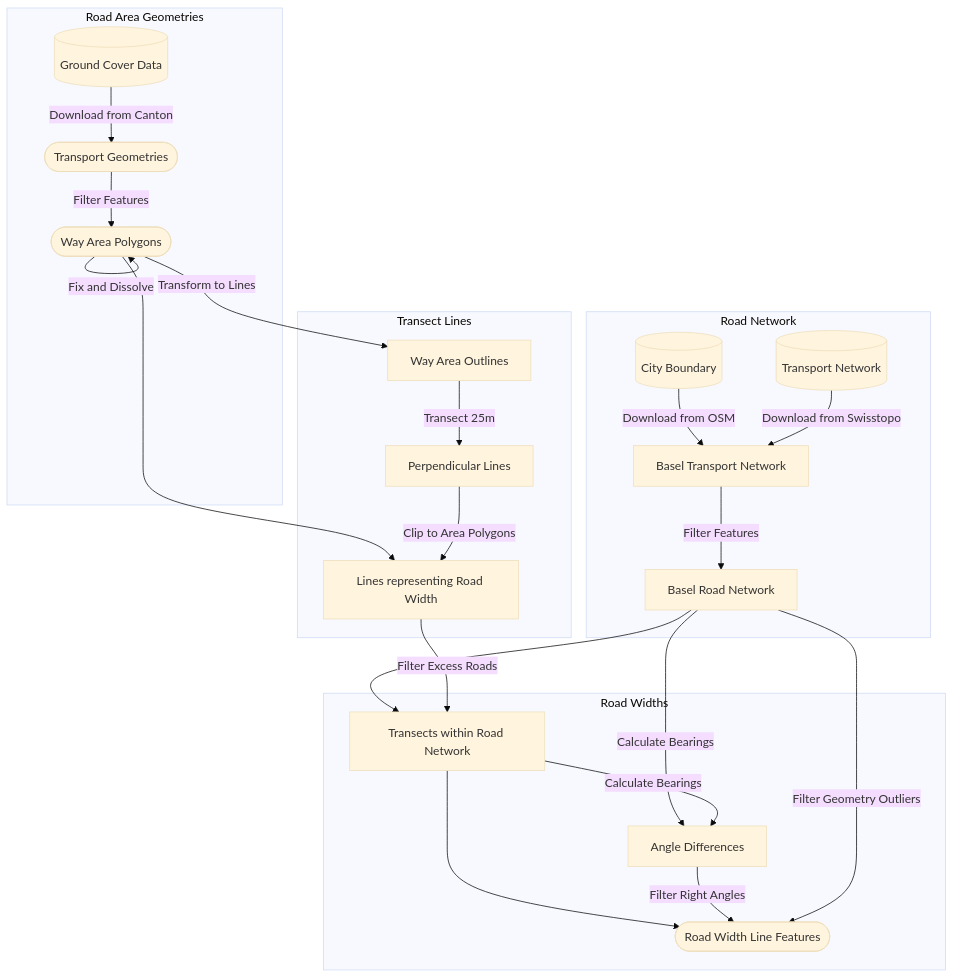
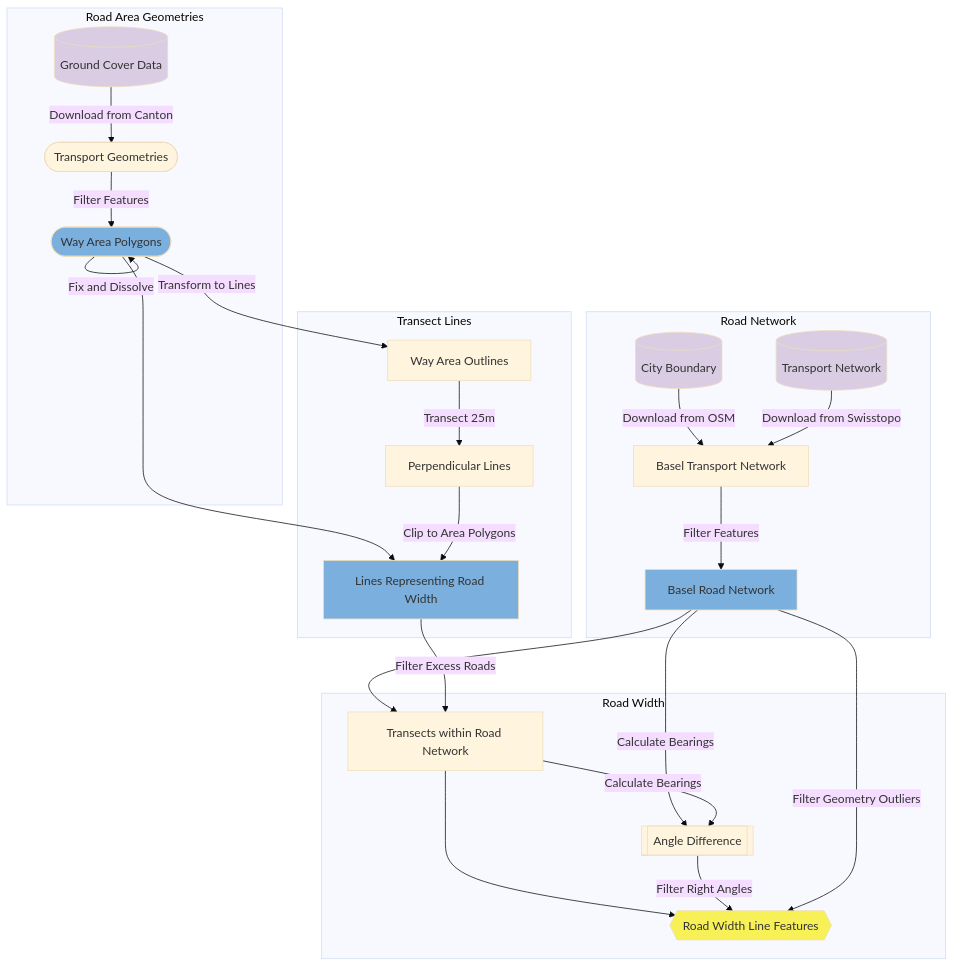
One commit to mtwente/palimpsest-bs changed the second of 4 diagrams in manuscript/palimpsest-bs.qmd. Above: the diagram before and after it, drawn with Mermaid (base theme). The commit also changed other lines of this file, not shown here.

````diff
--- a/manuscript/palimpsest-bs.qmd
+++ b/manuscript/palimpsest-bs.qmd
@@ -392,34 +434,43 @@
 ```{mermaid fig-WorkflowWidth}
 flowchart TD
+    RN4 --> RW1
     subgraph Road Network
-        A[(City Boundary)] -->|Download from OSM| B[Basel Transport Network]
-        A2[(Transport Network)] -->|Download from Swisstopo| B
-        B --> |Filter Features| C[Basel Road Network]
+        RN1[(City Boundary)] -->|Download from OSM| RN3[Basel Transport Network]
+        RN2[(Transport Network)] -->|Download from Swisstopo| RN3
+        RN3 --> |Filter Features| RN4[Basel Road Network]
     end
 
-    C --> D
-    C -->|Calculate Bearings| D3
+    RN4 -->|Calculate Bearings| RW2
 
     subgraph Road Area Geometries
-        L[(Ground Cover Data)] -->|Download from Canton| M([Transport Geometries])
-        M --> |Filter Features| N([Way Area Polygons])
-        N --> |Fix and Dissolve| N
+        RG1[(Ground Cover Data)] -->|Download from Canton| RG2([Transport Geometries])
+        RG2 --> |Filter Features| RG3([Way Area Polygons])
+        RG3 --> |Fix and Dissolve| RG3
     end
 
-    N --> |Transform to Lines| X
-    N --> Z
+    RG3 --> |Transform to Lines| TL1
+    RG3 --> TL3
 
     subgraph Transect Lines
-        X[Way Area Outlines] -->|Transect 25m| Y[Perpendicular Lines]
-        Y -->|Clip to Area Polygons| Z[Lines representing Road Width]
+        TL1[Way Area Outlines] -->|Transect 25m| TL2[Perpendicular Lines]
+        TL2 -->|Clip to Area Polygons| TL3[Lines Representing Road Width]
     end
 
-    Z -->|Filter Excess Roads| D
+    TL3 -->|Filter Excess Roads| RW1
 
-    subgraph Road Widths
-        D[Transects within Road Network] --> D4
-        D --> |Calculate Bearings| D3
-        D3[Angle Differences] -->|Filter Right Angles| D4([Road Width Line Features])
-        C --> |Filter Geometry Outliers| D4
+    subgraph Road Width
+        RW1[Transects within Road Network] --> RW3
+        RW1 --> |Calculate Bearings| RW2
+        RW2[[Angle Difference]] -->|Filter Right Angles| RW3{{Road Width Line Features}}
+        RN4 --> |Filter Geometry Outliers| RW3
     end
+
+  style RN1 fill:#D9CCE3
+  style RN2 fill:#D9CCE3
+  style RG1 fill:#D9CCE3
+  style TL3 fill:#7BAFDE
+  style RN4 fill:#7BAFDE
+  style RG3 fill:#7BAFDE
+  style RW3 fill:#F7F056
+
 ```
````
